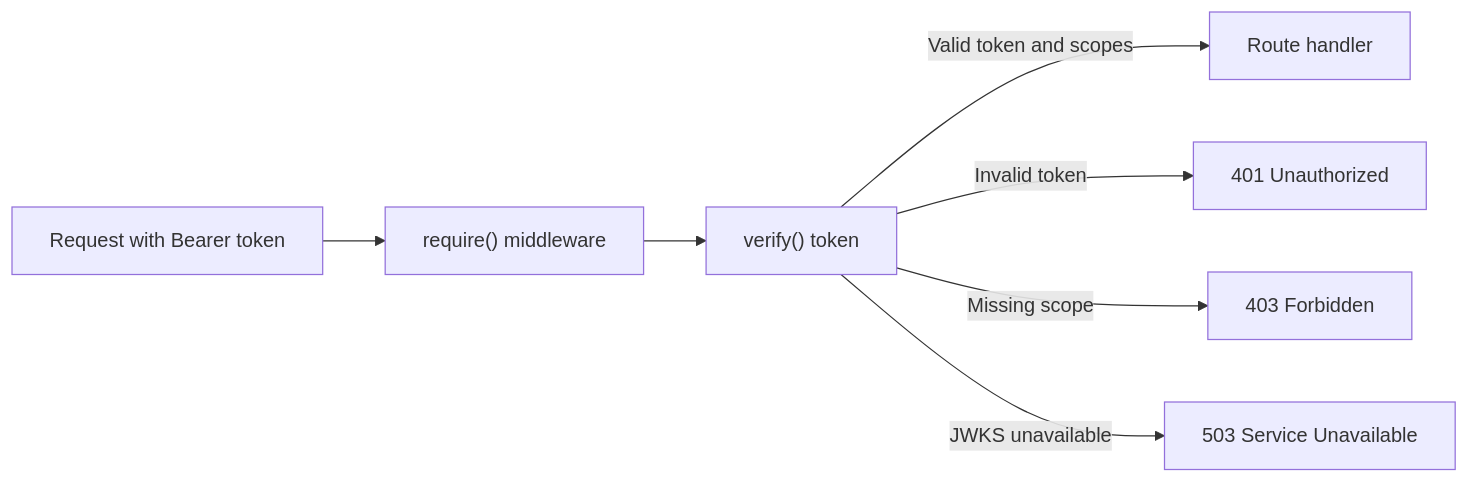
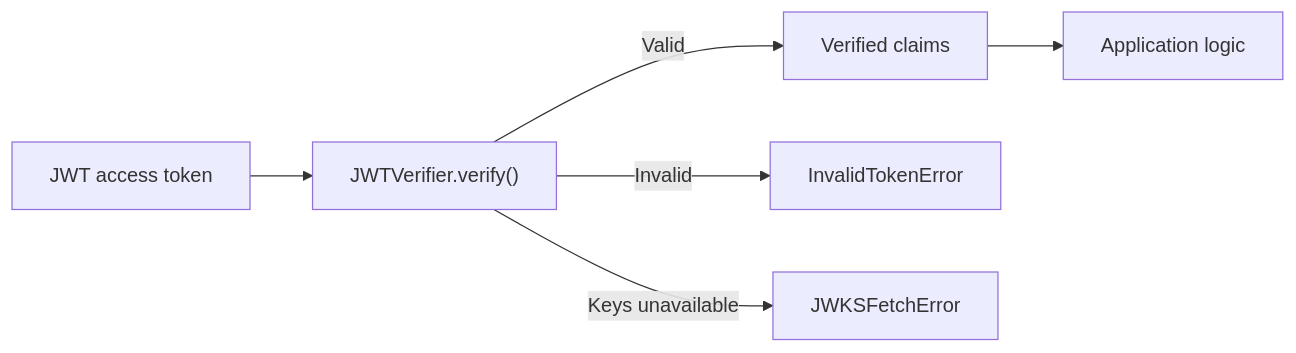
The diagram in docs/utilities/auth.md (aws-powertools/powertools-lambda-python), drawn with Mermaid before and after one commit. The commit also changed other lines of this file and 80 other files, not shown here.

````diff
--- a/docs/utilities/auth.md
+++ b/docs/utilities/auth.md
@@ -9,9 +12,8 @@
 ```mermaid
 flowchart LR
-    Request["Request with Bearer token"] --> Middleware["require() middleware"]
-    Middleware --> Verify["verify() token"]
-    Verify -->|Valid token and scopes| Handler["Route handler"]
-    Verify -->|Invalid token| Unauthorized["401 Unauthorized"]
-    Verify -->|Missing scope| Forbidden["403 Forbidden"]
-    Verify -->|JWKS unavailable| Unavailable["503 Service Unavailable"]
+    Token["JWT access token"] --> Verify["JWTVerifier.verify()"]
+    Verify -->|Valid| Claims["Verified claims"]
+    Claims --> Application["Application logic"]
+    Verify -->|Invalid| Invalid["InvalidTokenError"]
+    Verify -->|Keys unavailable| Unavailable["JWKSFetchError"]
 ```
````
